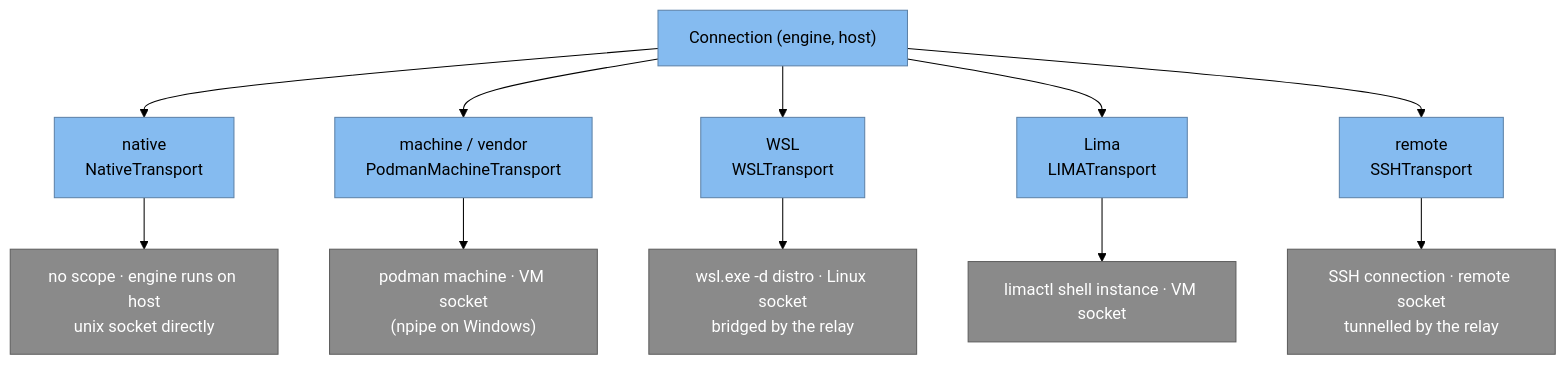
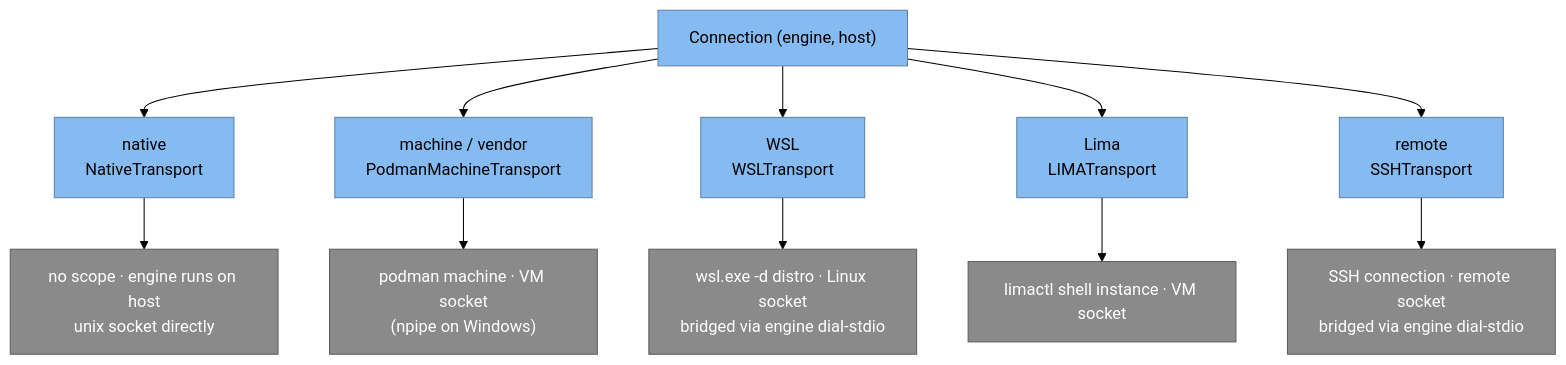
One commit to iongion/container-desktop changed the third of 6 diagrams in docs/architecture/connection-startup.md. Above: the diagram before and after it, drawn with Mermaid (forest theme). The commit also changed other lines of this file and 11 other files, not shown here.

````diff
--- a/docs/architecture/connection-startup.md
+++ b/docs/architecture/connection-startup.md
@@ -99,19 +99,19 @@
 ```mermaid
 flowchart TB
   c["Connection (engine, host)"]:::component
 
   c --> native["native<br/>NativeTransport"]:::component
   c --> machine["machine / vendor<br/>PodmanMachineTransport"]:::component
   c --> wsl["WSL<br/>WSLTransport"]:::component
   c --> lima["Lima<br/>LIMATransport"]:::component
   c --> ssh["remote<br/>SSHTransport"]:::component
 
   native --> ns["no scope · engine runs on host<br/>unix socket directly"]:::external
   machine --> ms["podman machine · VM socket<br/>(npipe on Windows)"]:::external
-  wsl --> ws["wsl.exe -d distro · Linux socket<br/>bridged by the relay"]:::external
+  wsl --> ws["wsl.exe -d distro · Linux socket<br/>bridged via engine dial-stdio"]:::external
   lima --> ls["limactl shell instance · VM socket"]:::external
-  ssh --> ss["SSH connection · remote socket<br/>tunnelled by the relay"]:::external
+  ssh --> ss["SSH connection · remote socket<br/>bridged via engine dial-stdio"]:::external
 
   classDef component fill:#85bbf0,color:#000,stroke:#5d82a8;
   classDef external fill:#8a8a8a,color:#fff,stroke:#5e5e5e;
 ```
````
